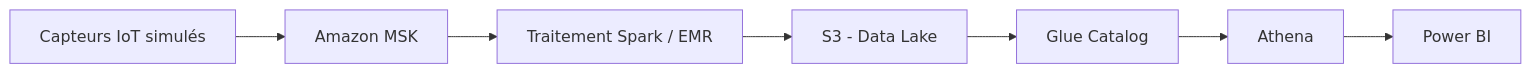
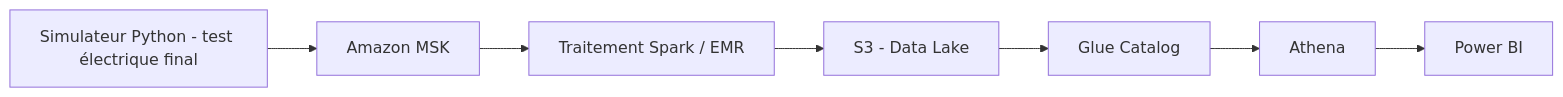
One commit to thcarole1/ev-powertrain-manufacturing_analytics changed the diagram in README.md. Above: the diagram before and after it, drawn with Mermaid. The commit also changed other lines of this file, not shown here.

Commit message:
docs: update README (ADR-002, test count, simulator usage) (#3)

````diff
--- a/README.md
+++ b/README.md
@@ -11,9 +11,9 @@
 ```mermaid
 flowchart LR
-    A[Capteurs IoT simulés] --> B[Amazon MSK]
+    A[Simulateur Python - test électrique final] --> B[Amazon MSK]
     B --> C[Traitement Spark / EMR]
     C --> D[S3 - Data Lake]
     D --> E[Glue Catalog]
     E --> F[Athena]
     F --> G[Power BI]
 ```
````
